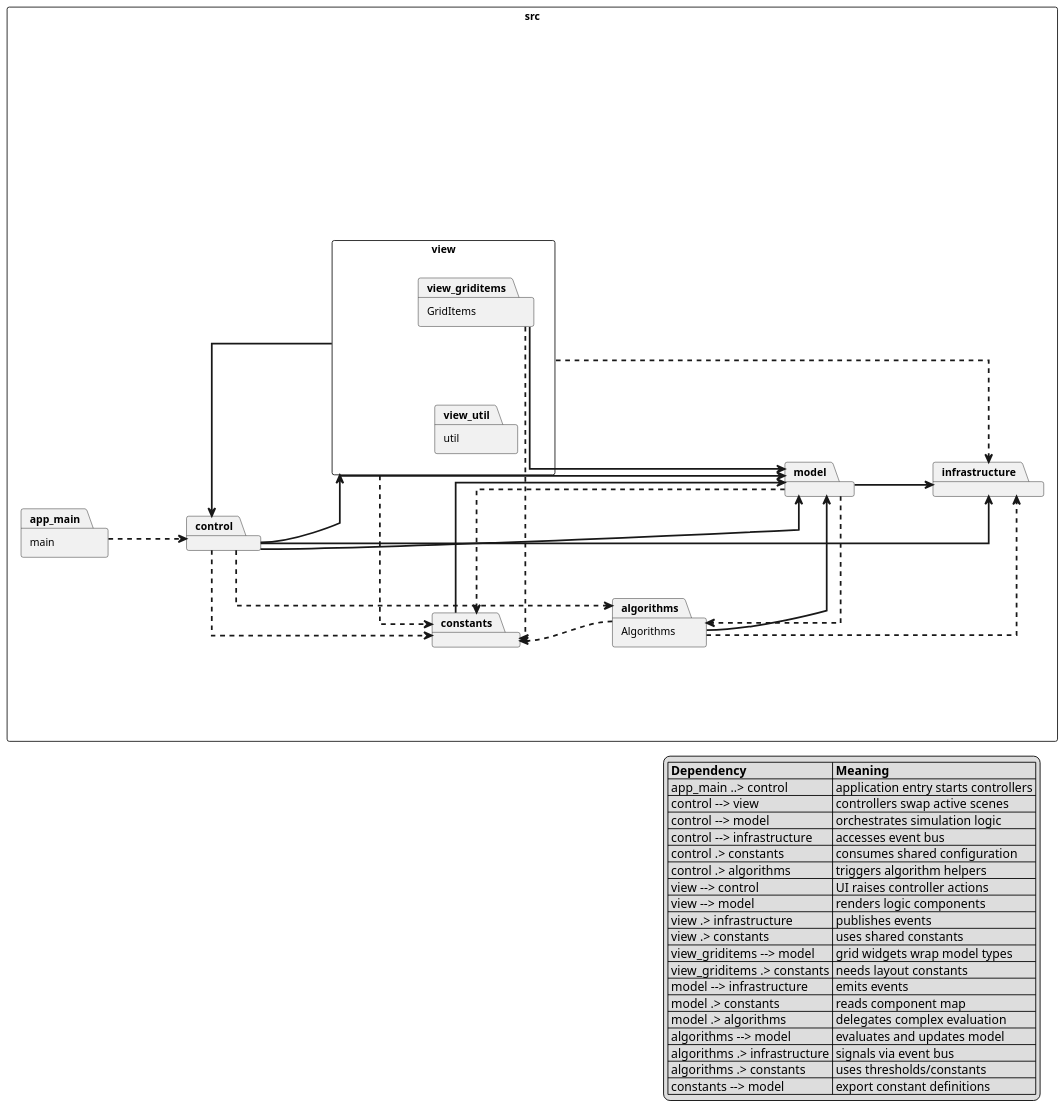
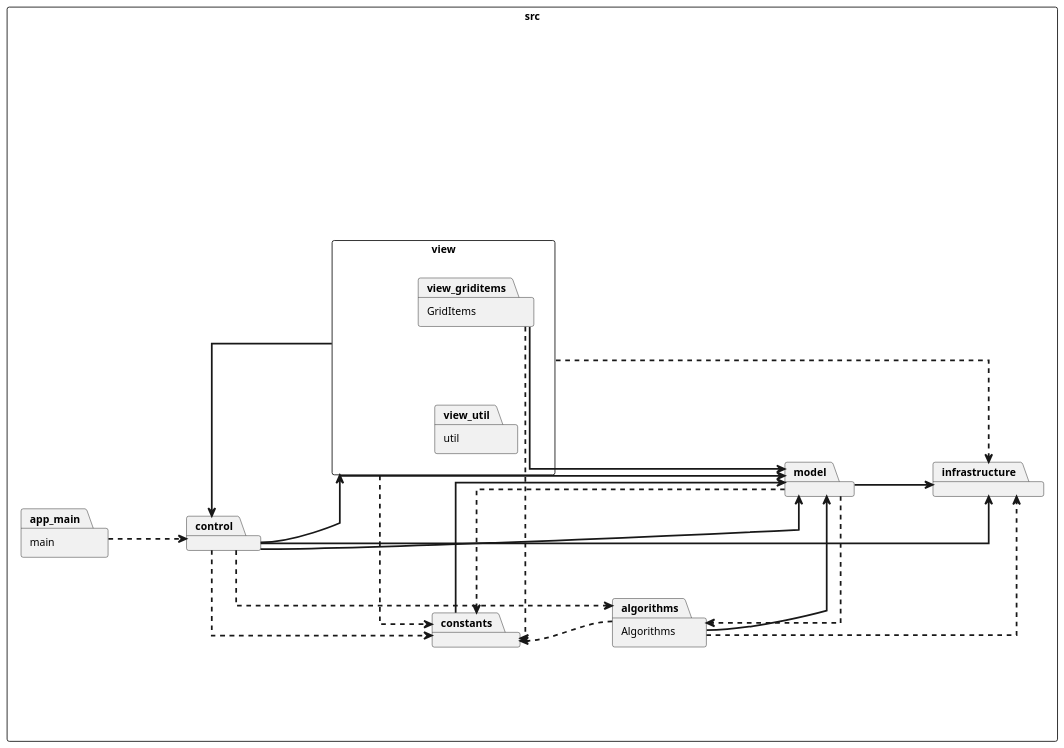
One commit to Vlogenz/ICT-Project changed the diagram in package_diagram.puml. Above: the diagram before and after it, drawn with PlantUML. The commit also changed 5 other files, not shown here.

```diff
--- a/package_diagram.puml
+++ b/package_diagram.puml
@@ -1,82 +1,60 @@
 @startuml package_ICT_Project
 skinparam linetype ortho
 skinparam shadowing false
 skinparam packageStyle rectangle
 skinparam defaultFontName "Courier New"
 skinparam defaultFontSize 12
 skinparam nodesep 90
 skinparam ranksep 90
 skinparam arrowFontSize 12
 skinparam arrowThickness 2
 skinparam ArrowMessageAlign left
 left to right direction
 scale 1.3
 
 package "src" {
   package "control" as control
   package "view" as view {
     package "GridItems" as view_griditems
     package "util" as view_util
   }
   package "model" as model
   package "infrastructure" as infrastructure
   package "constants" as constants
   package "Algorithms" as algorithms
   package "main" as app_main
 }
 
 app_main ..> control
 control --> view
 control --> model
 control --> infrastructure
 control .> constants
 control .> algorithms
 
 view --> control
 view --> model
 view .> infrastructure
 view .> constants
 view_griditems --> model
 view_griditems .> constants
 
 model --> infrastructure
 model .> constants
 model .> algorithms
 
 algorithms --> model
 algorithms .> infrastructure
 algorithms .> constants
 
 constants --> model
 
 app_main -[hidden]-> control
 control -[hidden]-> model
 model -[hidden]-> infrastructure
 infrastructure -[hidden]-> constants
 constants -[hidden]-> algorithms
 control -[hidden]down-> view
 view -[hidden]-> view_griditems
 
-legend right
-|= Dependency |= Meaning |
-| app_main ..> control | application entry starts controllers |
-| control --> view | controllers swap active scenes |
-| control --> model | orchestrates simulation logic |
-| control --> infrastructure | accesses event bus |
-| control .> constants | consumes shared configuration |
-| control .> algorithms | triggers algorithm helpers |
-| view --> control | UI raises controller actions |
-| view --> model | renders logic components |
-| view .> infrastructure | publishes events |
-| view .> constants | uses shared constants |
-| view_griditems --> model | grid widgets wrap model types |
-| view_griditems .> constants | needs layout constants |
-| model --> infrastructure | emits events |
-| model .> constants | reads component map |
-| model .> algorithms | delegates complex evaluation |
-| algorithms --> model | evaluates and updates model |
-| algorithms .> infrastructure | signals via event bus |
-| algorithms .> constants | uses thresholds/constants |
-| constants --> model | export constant definitions |
-endlegend
 @enduml
```
